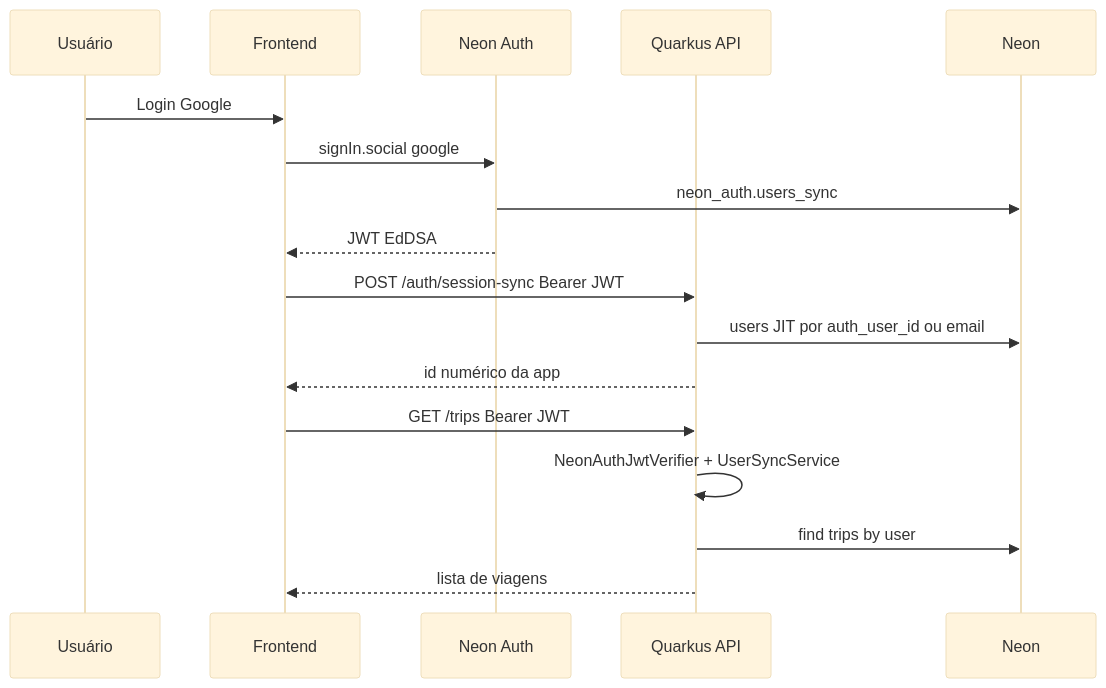
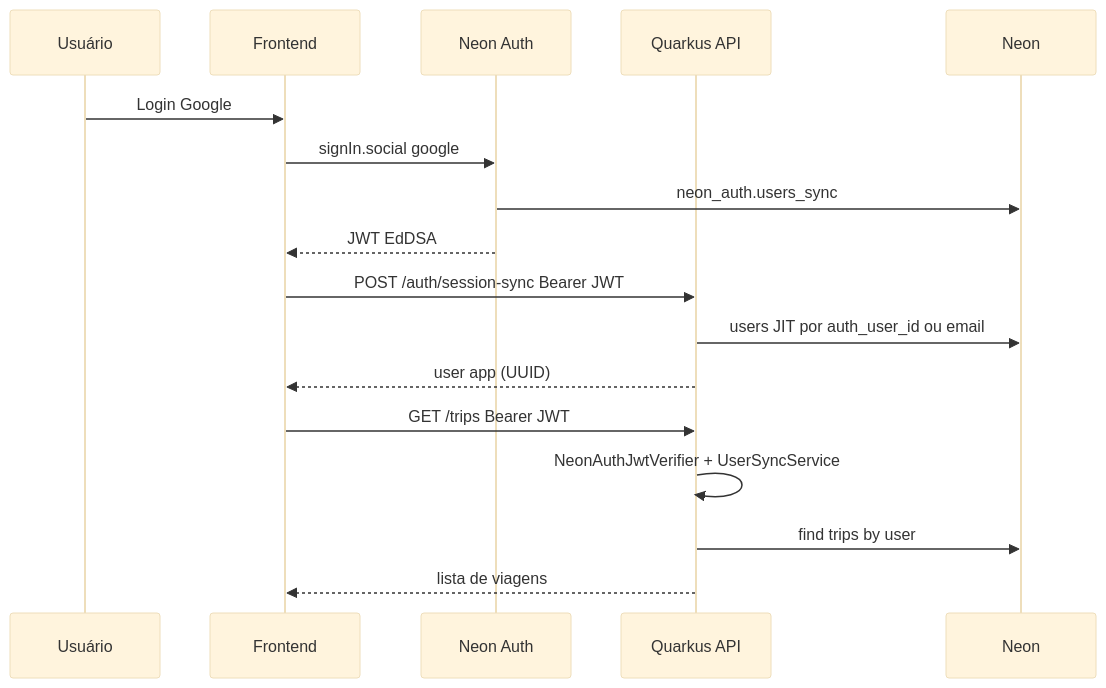
The third of 3 diagrams in ARQUITETURA.md (jonathassk/quarkus-app), drawn with Mermaid (base theme) before and after one commit. The commit also changed other lines of this file and 67 other files, not shown here.

First line of the commit message:
feat: enhance architecture documentation and update backend functionality

````diff
--- a/ARQUITETURA.md
+++ b/ARQUITETURA.md
@@ -490,22 +527,22 @@
 ```mermaid
 sequenceDiagram
     participant U as Usuário
     participant F as Frontend
     participant NA as Neon Auth
     participant API as Quarkus API
     participant DB as Neon
 
     U->>F: Login Google
     F->>NA: signIn.social google
     NA->>DB: neon_auth.users_sync
     NA-->>F: JWT EdDSA
 
     F->>API: POST /auth/session-sync Bearer JWT
     API->>DB: users JIT por auth_user_id ou email
-    API-->>F: id numérico da app
+    API-->>F: user app (UUID)
 
     F->>API: GET /trips Bearer JWT
     API->>API: NeonAuthJwtVerifier + UserSyncService
     API->>DB: find trips by user
     API-->>F: lista de viagens
 ```
````
